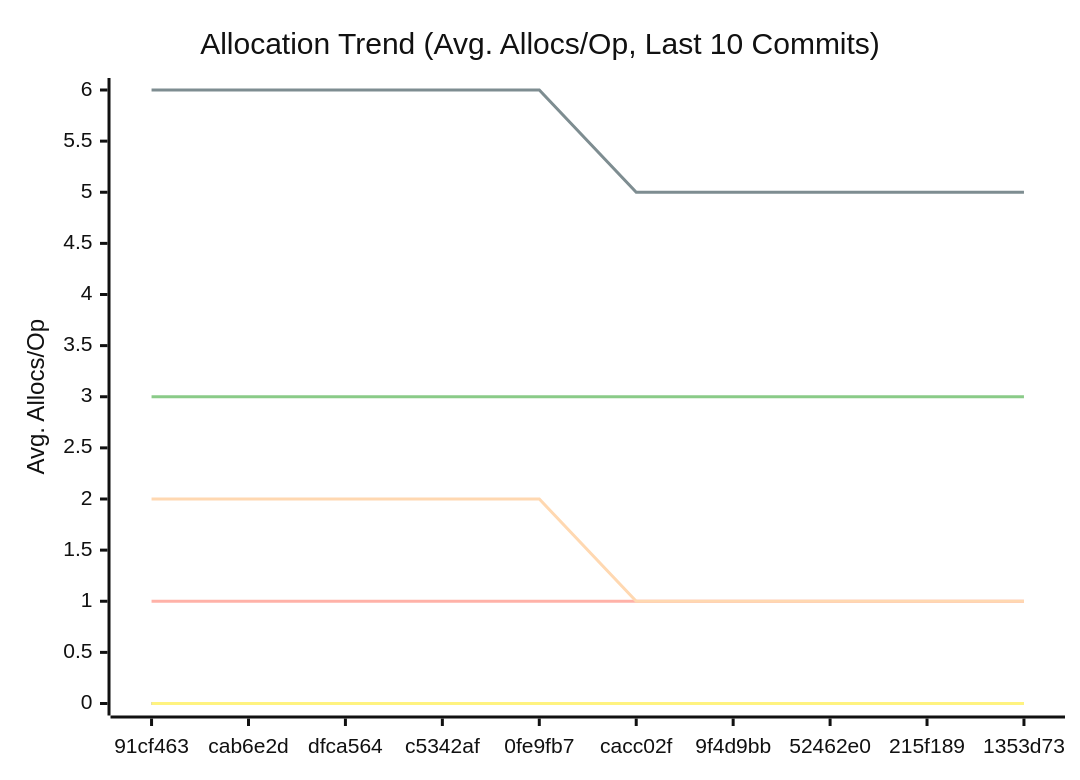
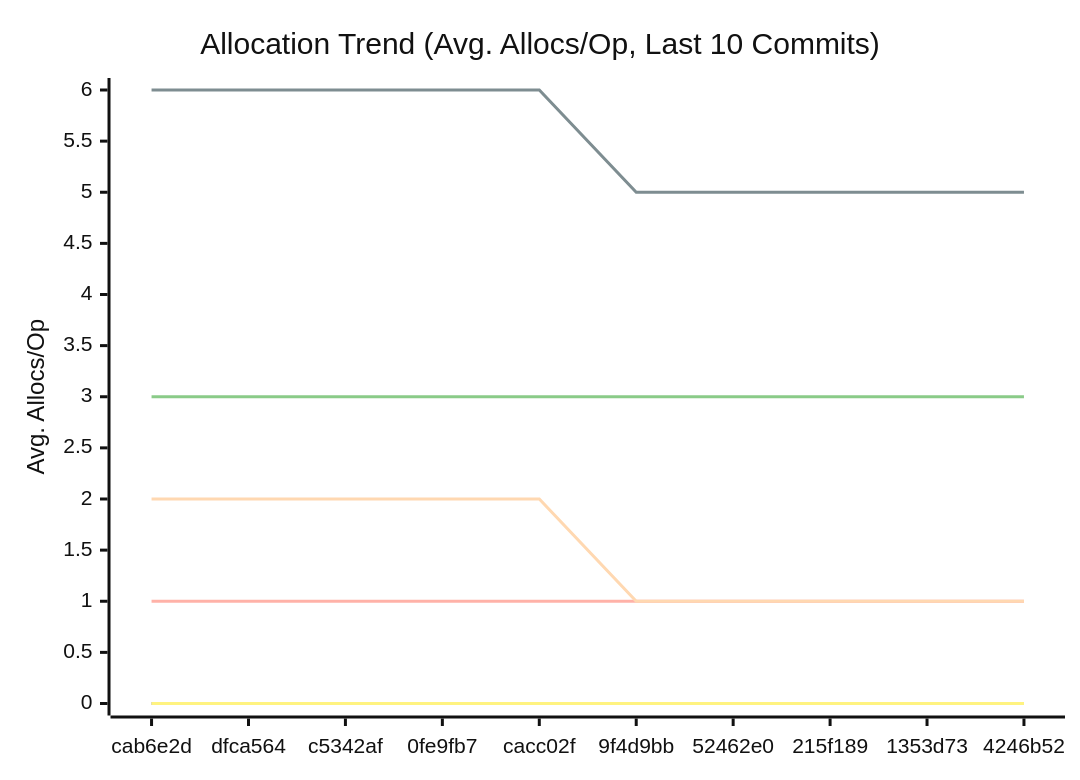
The third of 3 diagrams in docs/PERFORMANCE.md (alsotoes/momo), drawn with Mermaid (neutral theme) before and after one commit. The commit also changed other lines of this file and 4 other files, not shown here.

````diff
--- a/docs/PERFORMANCE.md
+++ b/docs/PERFORMANCE.md
@@ -114,16 +114,16 @@
 ```mermaid
 xychart-beta
     title "Allocation Trend (Avg. Allocs/Op, Last 10 Commits)"
     x-axis "Commit"
     y-axis "Avg. Allocs/Op"
-    x-axis [91cf463,cab6e2d,dfca564,c5342af,0fe9fb7,cacc02f,9f4d9bb,52462e0,215f189,1353d73]
+    x-axis [cab6e2d,dfca564,c5342af,0fe9fb7,cacc02f,9f4d9bb,52462e0,215f189,1353d73,4246b52]
     line "CheckMetricsAndSwap" [0,0,0,0,0,0,0,0,0,0]
     line "CrushOptimized" [0,0,0,0,0,0,0,0,0,0]
     line "CrushOriginal" [3,3,3,3,3,3,3,3,3,3]
     line "IndexDirectTracking" [0,0,0,0,0,0,0,0,0,0]
     line "IndexSearch" [0,0,0,0,0,0,0,0,0,0]
     line "LoadGlobalConfig" [1,1,1,1,1,1,1,1,1,1]
     line "PadString" [0,0,0,0,0,0,0,0,0,0]
     line "ParseReplicationOrder_NoPrealloc" [6,6,6,6,6,5,5,5,5,5]
     line "ParseReplicationOrder_Prealloc" [2,2,2,2,2,1,1,1,1,1]
 ```
````
